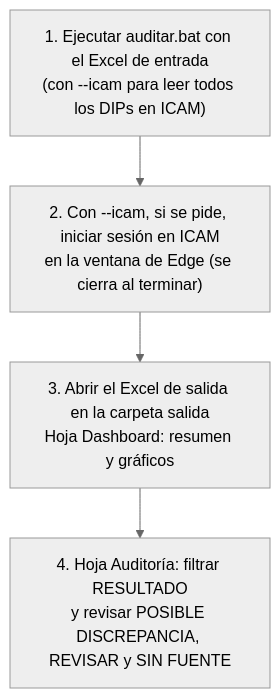
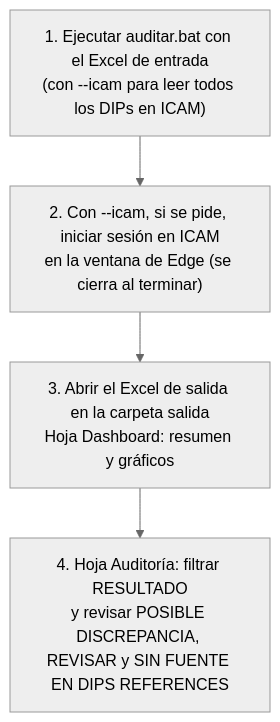
The second of 9 diagrams in docs/proceso.md (lviloriabas/dips), drawn with Mermaid (neutral theme) before and after one commit. The commit also changed other lines of this file and 14 other files, not shown here.

Commit message:
Aclara que la falta de fuente corresponde a DIPs References

````diff
--- a/docs/proceso.md
+++ b/docs/proceso.md
@@ -54,7 +54,7 @@
 ```mermaid
 flowchart TD
     A["1. Ejecutar auditar.bat con el Excel de entrada<br/>(con --icam para leer todos los DIPs en ICAM)"] --> B
     B["2. Con --icam, si se pide, iniciar sesión en ICAM<br/>en la ventana de Edge (se cierra al terminar)"] --> C
     C["3. Abrir el Excel de salida en la carpeta salida<br/>Hoja Dashboard: resumen y gráficos"] --> D
-    D["4. Hoja Auditoría: filtrar RESULTADO<br/>y revisar POSIBLE DISCREPANCIA, REVISAR y SIN FUENTE"]
+    D["4. Hoja Auditoría: filtrar RESULTADO<br/>y revisar POSIBLE DISCREPANCIA, REVISAR y SIN FUENTE EN DIPS REFERENCES"]
 ```
````
